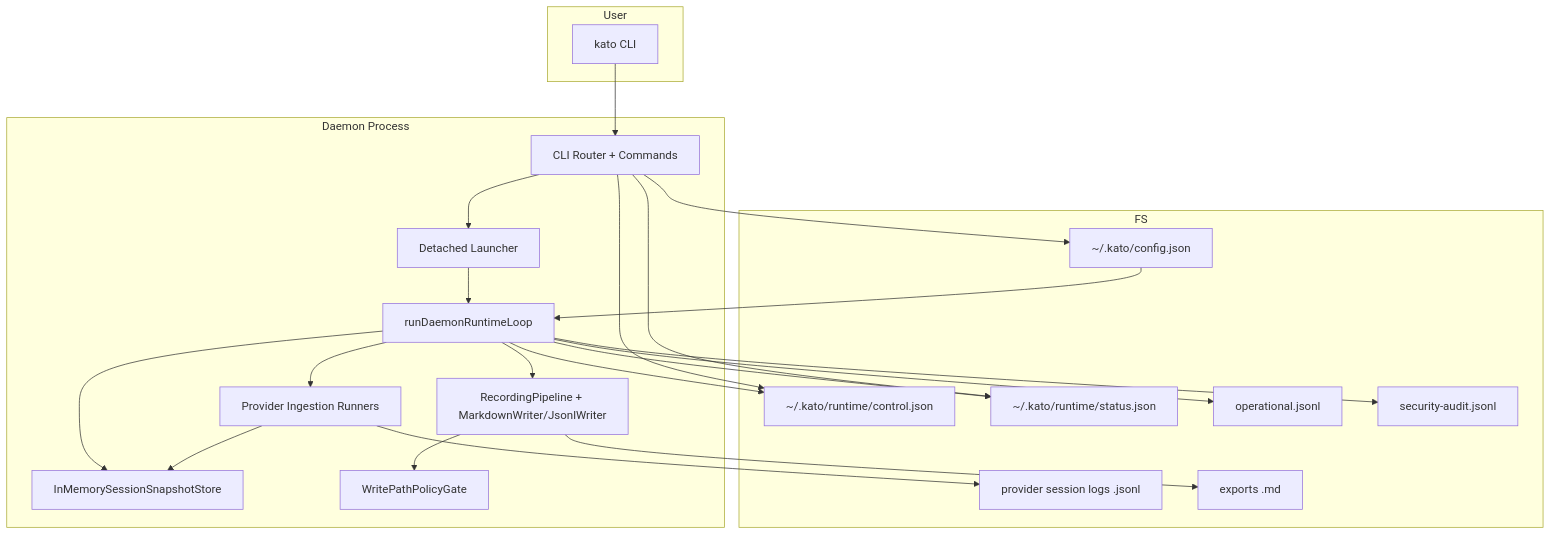
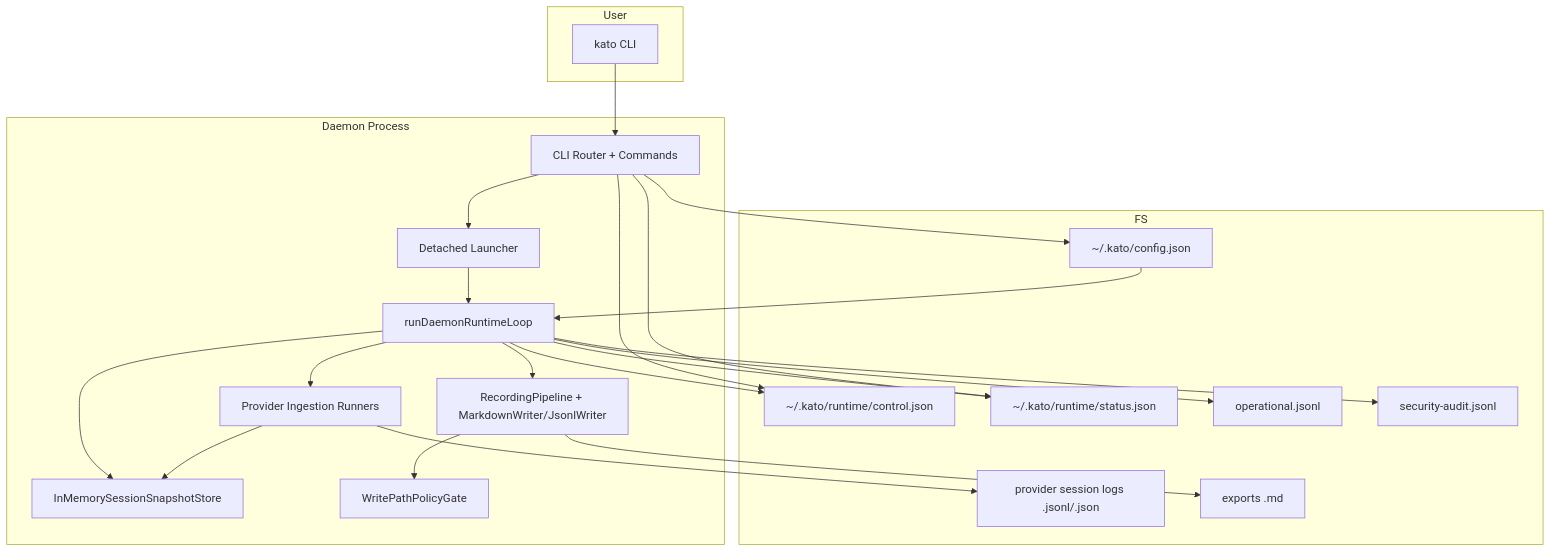
Before and after one commit to spectacular-voyage/kato: the diagram in dev-docs/notes/dev.codebase-overview.md, drawn with Mermaid. The commit also changed other lines of this file and 37 other files, not shown here.

````diff
--- a/dev-docs/notes/dev.codebase-overview.md
+++ b/dev-docs/notes/dev.codebase-overview.md
@@ -57,49 +57,49 @@
 ```mermaid
 graph TD
   subgraph User
     CLI[kato CLI]
   end
 
   subgraph FS
     CONFIG[~/.kato/config.json]
     CONTROL[~/.kato/runtime/control.json]
     STATUS[~/.kato/runtime/status.json]
-    LOGS[provider session logs .jsonl]
+    LOGS[provider session logs .jsonl/.json]
     OUTPUT[exports .md]
     OPLOG[operational.jsonl]
     AUDIT[security-audit.jsonl]
   end
 
   subgraph Daemon Process
     ROUTER[CLI Router + Commands]
     LAUNCHER[Detached Launcher]
     RUNTIME[runDaemonRuntimeLoop]
     INGEST[Provider Ingestion Runners]
     SNAPSHOT[InMemorySessionSnapshotStore]
     WRITER[RecordingPipeline + MarkdownWriter/JsonlWriter]
     POLICY[WritePathPolicyGate]
   end
 
   CLI --> ROUTER
   ROUTER --> CONFIG
   ROUTER --> LAUNCHER
   ROUTER --> CONTROL
   ROUTER --> STATUS
 
   LAUNCHER --> RUNTIME
   CONFIG --> RUNTIME
 
   RUNTIME --> INGEST
   INGEST --> LOGS
   INGEST --> SNAPSHOT
 
   RUNTIME --> SNAPSHOT
   RUNTIME --> CONTROL
   RUNTIME --> STATUS
   RUNTIME --> WRITER
   WRITER --> POLICY
   WRITER --> OUTPUT
 
   RUNTIME --> OPLOG
   RUNTIME --> AUDIT
 ```
````
